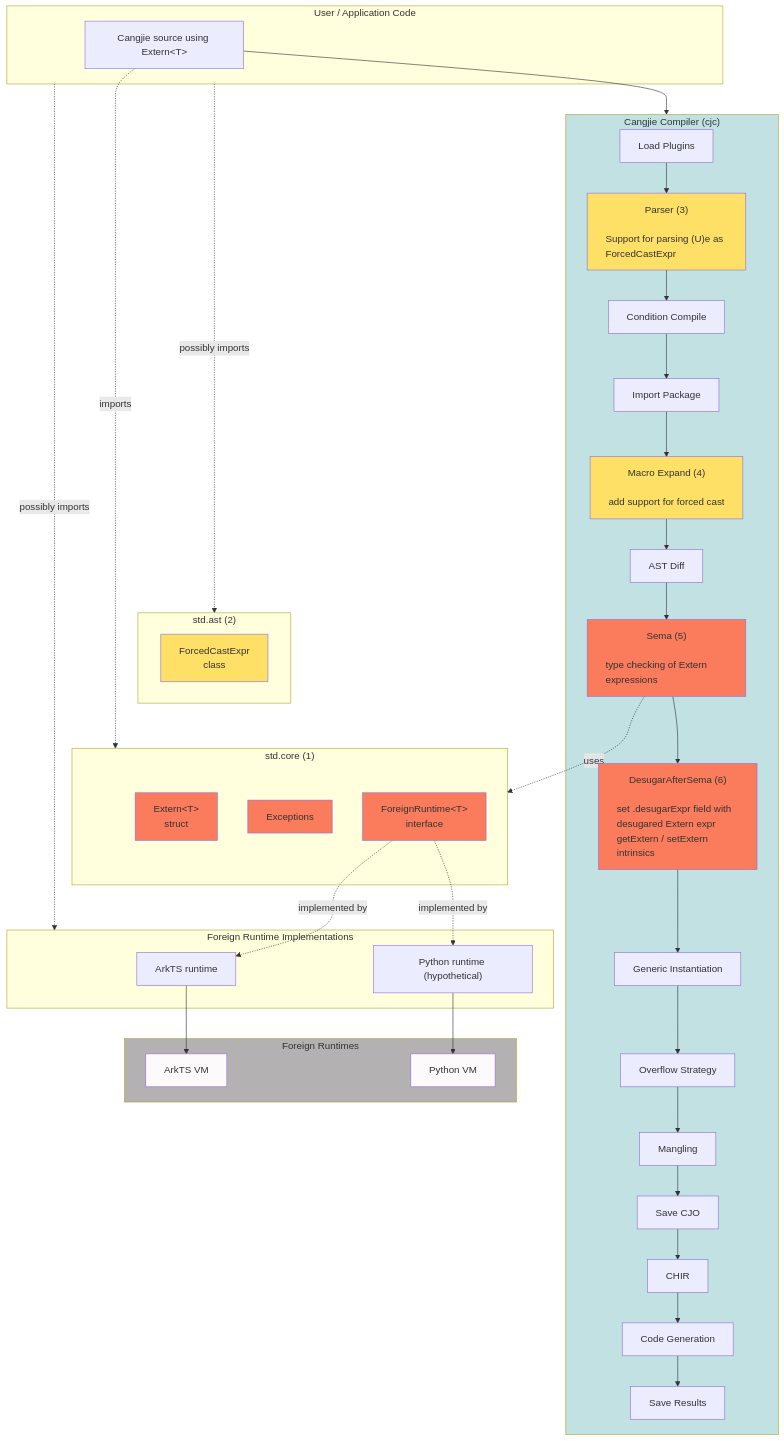
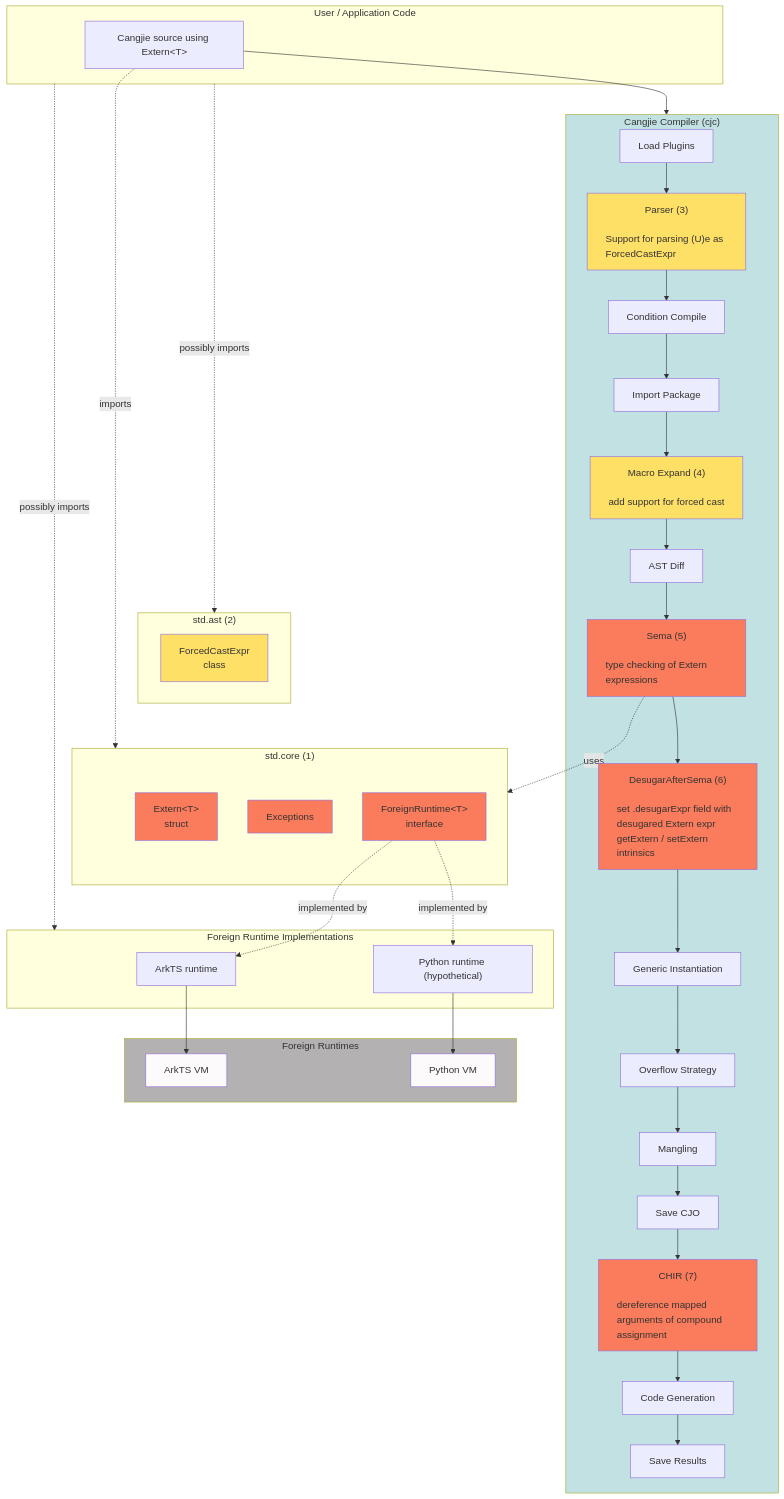
One commit to CJPLUK/cangjie_extern changed the diagram in docs/extern_architecture_simple_model.md. Above: the diagram before and after it, drawn with Mermaid. The commit also changed other lines of this file, not shown here.

````diff
--- a/docs/extern_architecture_simple_model.md
+++ b/docs/extern_architecture_simple_model.md
@@ -75,71 +75,72 @@
 ```mermaid
 flowchart TB
     subgraph UserCode["User / Application Code"]
         UC["Cangjie source using Extern&lt;T&gt;"]
     end
 
     subgraph Compiler["Cangjie Compiler (cjc)"]
         LoadPlugin["Load Plugins"]
         Parser["Parser (3)<br/><br/><p style='text-align:left'>Support for parsing (U)e as ForcedCastExpr</p>"]
         ConditionCompile["Condition Compile"]
         ImportPackage["Import Package"]
         MacroExpand["Macro Expand (4)<br/><br/><p style='text-align:left'>add support for forced cast</p>"]
         ASTDiff["AST Diff"]
         Sema["Sema (5)<br/><br/><p style='text-align:left'>type checking of Extern expressions</p>"]
         DesugarAfterSema["DesugarAfterSema (6)<br/><br/><p style='text-align:left'>set .desugarExpr field with desugared Extern expr<br/>getExtern / setExtern intrinsics</p>"]
         GenericInstantiation["Generic Instantiation"]
         OverflowStrategy["Overflow Strategy"]
         Mangling["Mangling"]
         SaveCJO["Save CJO"]
-        CHIR["CHIR"]
+        CHIR["CHIR (7)<br/><br/><p style='text-align:left'>dereference mapped arguments of compound assignment</p>"]
         CodeGen["Code Generation"]
         SaveResults["Save Results"]
         style Parser fill:#ffe066
         style MacroExpand fill:#ffe066
         style DesugarAfterSema fill:#fa7c5c
+        style CHIR fill:#fa7c5c
         style Sema fill:#fa7c5c
     end
 
     subgraph StdAST["std.ast (2)"]
         ForcedCastExpr["ForcedCastExpr<br/>class"]
         style ForcedCastExpr fill:#ffe066
     end
 
     subgraph StdCore["std.core (1)"]
         ExternType["Extern&lt;T&gt;<br/>struct"]
         Exc["Exceptions"]
         FRT["ForeignRuntime&lt;T&gt;<br/>interface"]
         style ExternType fill:#fa7c5c
         style Exc fill:#fa7c5c
         style FRT fill:#fa7c5c
     end
 
     subgraph RuntimeImpl["Foreign&nbsp;Runtime&nbsp;Implementations"]
         ArkTS["ArkTS runtime"]
         Python["Python runtime (hypothetical)"]
     end
 
     subgraph ForeignVM["Foreign Runtimes"]
         ArkVM["ArkTS VM"]
         PyVM["Python VM"]
         style ArkVM fill: #fcfafa
         style PyVM fill: #fcfafa
     end
 
     UserCode -.-> |"possibly imports"| StdAST
     StdAST ~~~ StdCore
     UC --> Compiler
     LoadPlugin --> Parser --> ConditionCompile --> ImportPackage --> MacroExpand
     MacroExpand --> ASTDiff --> Sema --> DesugarAfterSema --> GenericInstantiation
     GenericInstantiation --> OverflowStrategy --> Mangling --> SaveCJO
     SaveCJO --> CHIR --> CodeGen --> SaveResults
     Sema -.->|"uses"| StdCore
     UC -.-> |"imports"| StdCore
     ArkTS --> ArkVM
     Python --> PyVM
     FRT -.->|"implemented by"| ArkTS
     FRT -.->|"implemented by"| Python
     UserCode -.-> |"possibly imports"| RuntimeImpl
     style ForeignVM fill:#b3b1b1
     style Compiler fill:#c1e1e3
 ```
````
